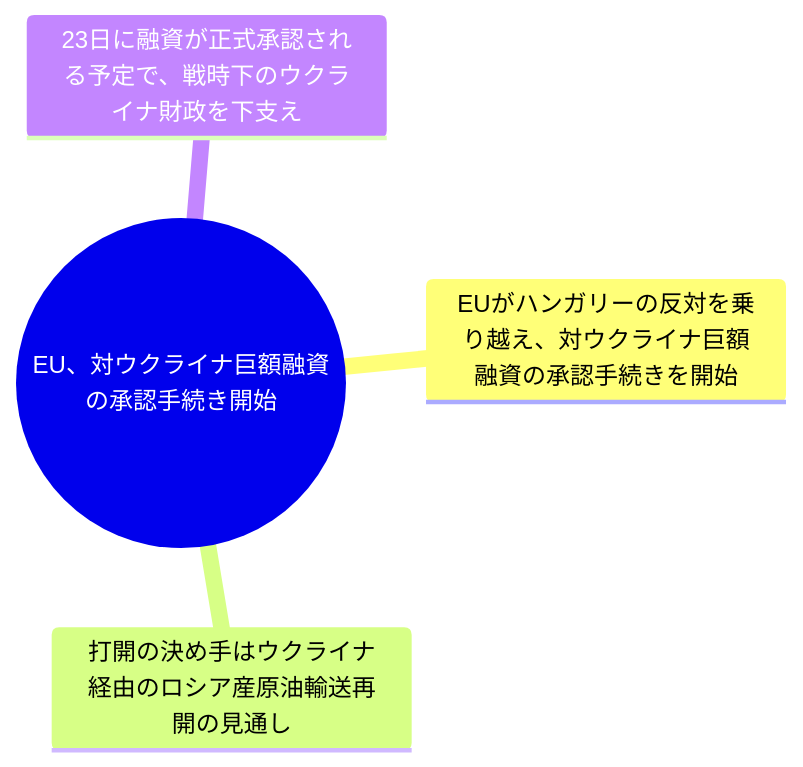
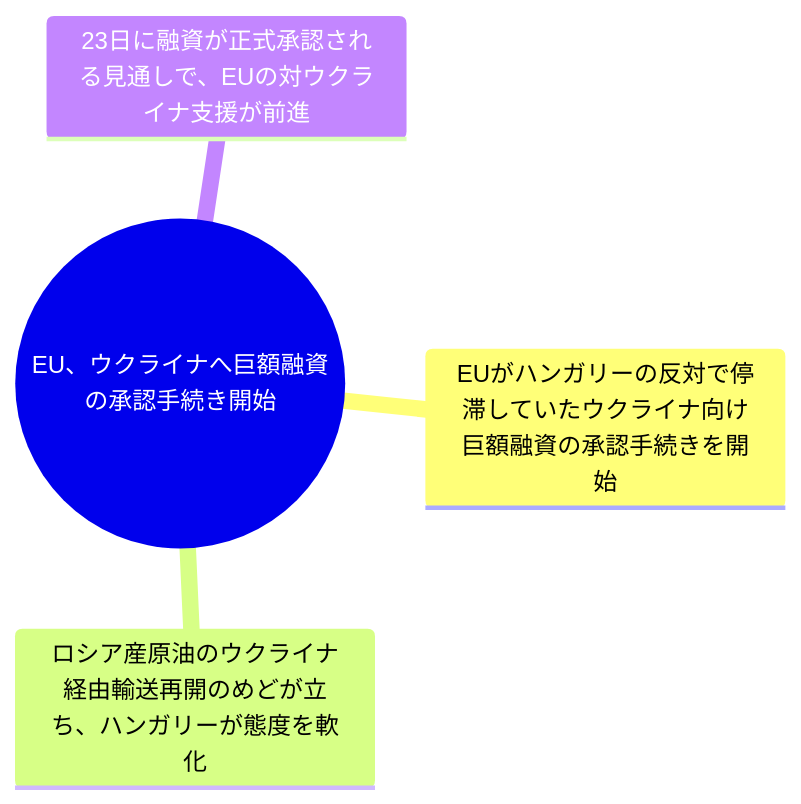
Before and after one commit to YUUUyutaro/tiseigaku: diagram 15 of 20 in docs/reports/2026-04-23.md, drawn with Mermaid. The commit also changed other lines of this file and 3 other files, not shown here.

````diff
--- a/docs/reports/2026-04-23.md
+++ b/docs/reports/2026-04-23.md
@@ -94,7 +305,7 @@
 ```mermaid
 mindmap
-  root((EU、対ウクライナ巨額融資の承認手続き開始))
-    EUがハンガリーの反対を乗り越え、対ウクライナ巨額融資の承認手続きを開始
-    打開の決め手はウクライナ経由のロシア産原油輸送再開の見通し
-    23日に融資が正式承認される予定で、戦時下のウクライナ財政を下支え
+  root((EU、ウクライナへ巨額融資の承認手続き開始))
+    EUがハンガリーの反対で停滞していたウクライナ向け巨額融資の承認手続きを開始
+    ロシア産原油のウクライナ経由輸送再開のめどが立ち、ハンガリーが態度を軟化
+    23日に融資が正式承認される見通しで、EUの対ウクライナ支援が前進
 ```
````
